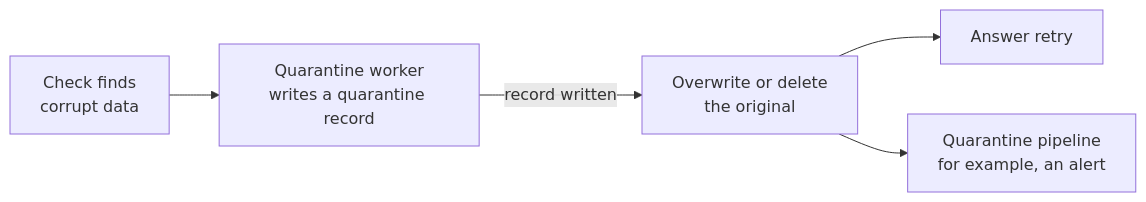
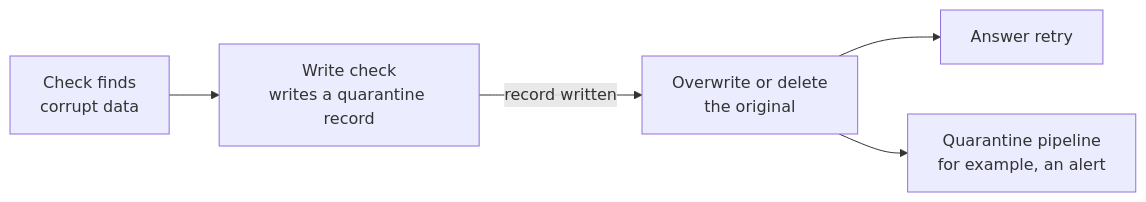
The fifth of 5 diagrams in docs/architecture.md (bristweb/yafidb), drawn with Mermaid before and after one commit. The commit also changed other lines of this file and 3 other files, not shown here.

Commit message:
README: one architecture diagram showing worker folders and schemas; quarantine is a write-check effect

````diff
--- a/docs/architecture.md
+++ b/docs/architecture.md
@@ -164,7 +164,7 @@
 ```mermaid
 flowchart LR
-    F[Check finds<br/>corrupt data] --> Q[Quarantine worker<br/>writes a quarantine record]
+    F[Check finds<br/>corrupt data] --> Q[Write check<br/>writes a quarantine record]
     Q -->|record written| T[Overwrite or delete<br/>the original]
     T --> R[Answer retry]
     T --> N[Quarantine pipeline<br/>for example, an alert]
 ```
````
